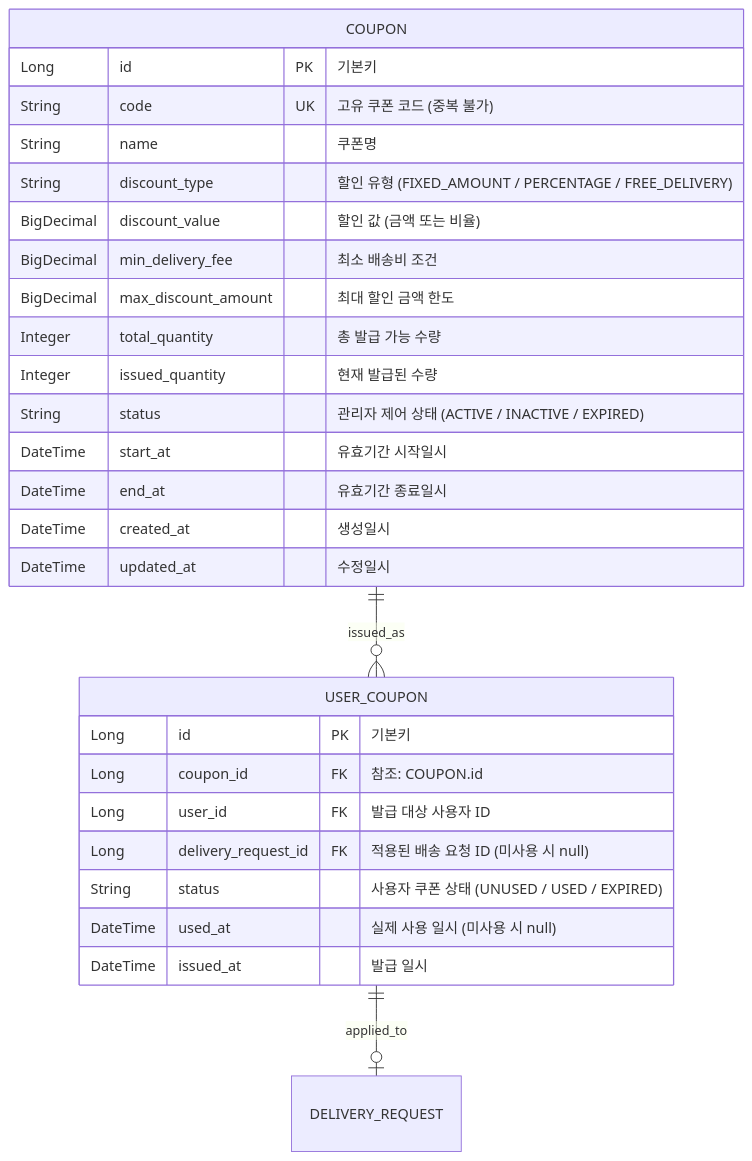
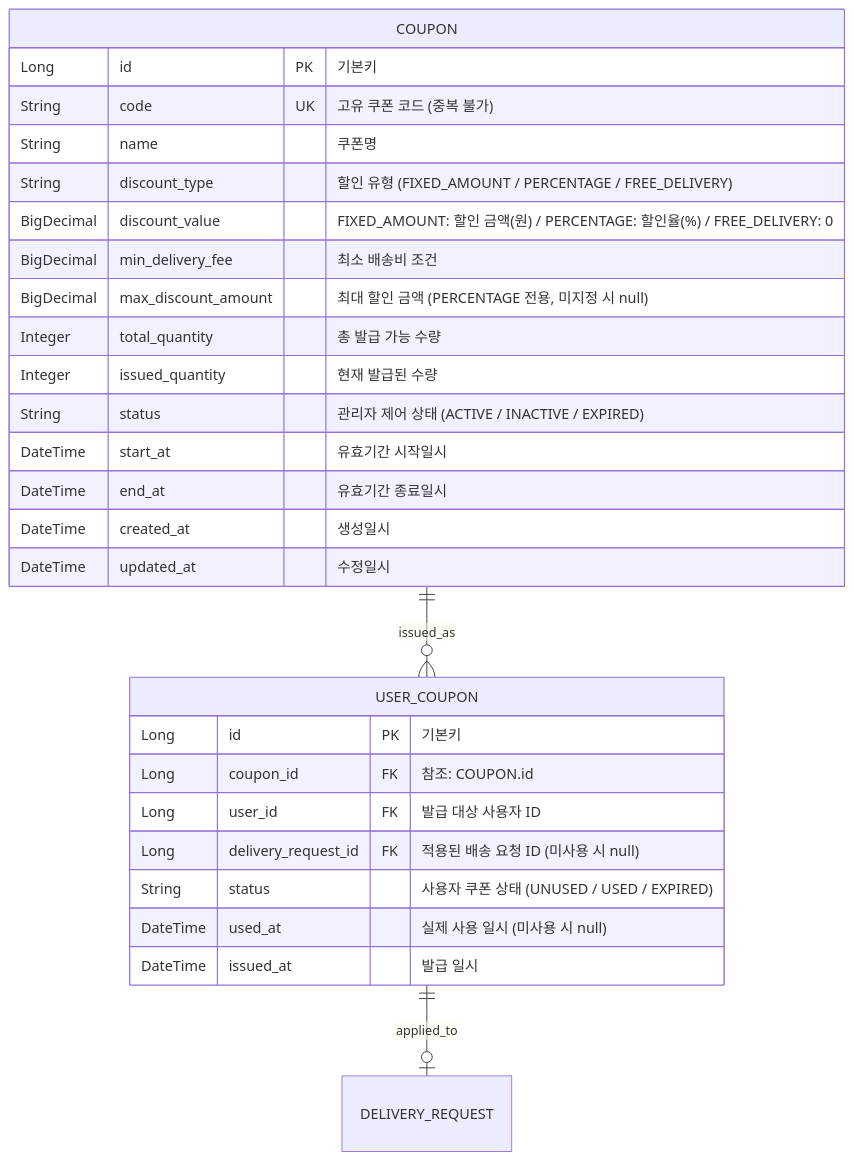
Before and after one commit to ShinhanDSProject/shinhan-delivery: the diagram in docs/design/쿠폰-관리-기능-설계서.md, drawn with Mermaid. The commit also changed other lines of this file, not shown here.

````diff
--- a/docs/design/쿠폰-관리-기능-설계서.md
+++ b/docs/design/쿠폰-관리-기능-설계서.md
@@ -49,45 +47,45 @@
 ```mermaid
 erDiagram
 %% ======================================================
 %% [엔티티 관계 정의]
 %% - COUPON : USER_COUPON (1:N) -> 쿠폰 마스터 1개당 여러 고객 발급
 %% - USER_COUPON : DELIVERY_REQUEST (1:0..1) -> 발급된 쿠폰은 배송 1건에 선택적 적용
 %% ======================================================
   COUPON ||--o{ USER_COUPON : "issued_as"
   USER_COUPON ||--o| DELIVERY_REQUEST : "applied_to"
 
 %% ======================================================
 %% [COUPON : 배송 쿠폰 마스터 테이블]
 %% 관리자가 생성 및 제어하는 쿠폰 정책 및 수량 관리
 %% ======================================================
   COUPON {
     Long id PK "기본키"
     String code UK "고유 쿠폰 코드 (중복 불가)"
     String name "쿠폰명"
     String discount_type "할인 유형 (FIXED_AMOUNT / PERCENTAGE / FREE_DELIVERY)"
-    BigDecimal discount_value "할인 값 (금액 또는 비율)"
+    BigDecimal discount_value "FIXED_AMOUNT: 할인 금액(원) / PERCENTAGE: 할인율(%) / FREE_DELIVERY: 0"
     BigDecimal min_delivery_fee "최소 배송비 조건"
-    BigDecimal max_discount_amount "최대 할인 금액 한도"
+    BigDecimal max_discount_amount "최대 할인 금액  (PERCENTAGE 전용, 미지정 시 null)"
     Integer total_quantity "총 발급 가능 수량"
     Integer issued_quantity "현재 발급된 수량"
     String status "관리자 제어 상태 (ACTIVE / INACTIVE / EXPIRED)"
     DateTime start_at "유효기간 시작일시"
     DateTime end_at "유효기간 종료일시"
     DateTime created_at "생성일시"
     DateTime updated_at "수정일시"
   }
 
 %% ======================================================
 %% [USER_COUPON : 사용자 발급 쿠폰 테이블]
 %% 고객에게 실제 발급된 쿠폰의 상태 및 사용 이력 관리
 %% ======================================================
   USER_COUPON {
     Long id PK "기본키"
     Long coupon_id FK "참조: COUPON.id"
     Long user_id FK "발급 대상 사용자 ID"
     Long delivery_request_id FK "적용된 배송 요청 ID (미사용 시 null)"
     String status "사용자 쿠폰 상태 (UNUSED / USED / EXPIRED)"
     DateTime used_at "실제 사용 일시 (미사용 시 null)"
     DateTime issued_at "발급 일시"
   }
 ```
````
